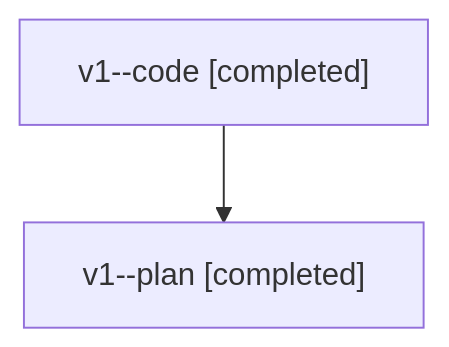
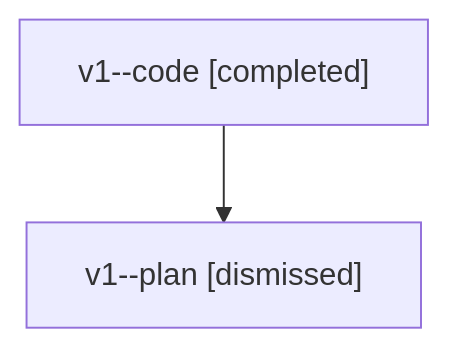
One commit to sase-org/sase--agents changed the diagram in families/bbugyi200.athena.v1.md. Above: the diagram before and after it, drawn with Mermaid. The commit also changed other lines of this file and 1506 other files, not shown here.

````diff
--- a/families/bbugyi200.athena.v1.md
+++ b/families/bbugyi200.athena.v1.md
@@ -9,6 +9,6 @@
 ```mermaid
 flowchart TD
   n0["v1--code [completed]"]
-  n1["v1--plan [completed]"]
+  n1["v1--plan [dismissed]"]
   n0 --> n1
 ```
````
